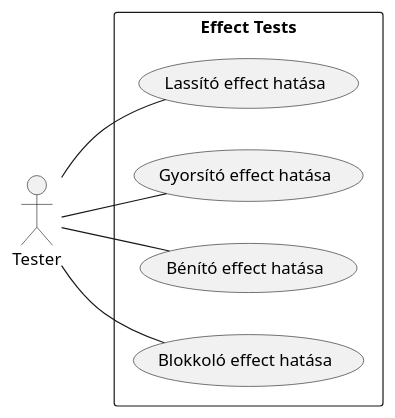
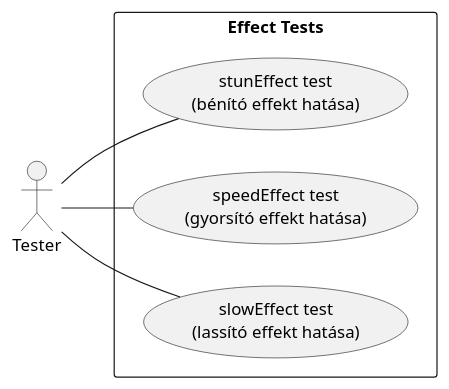
One commit to dzsem/projlab changed the diagram in diagrams/testcase/effect.plantuml. Above: the diagram before and after it, drawn with PlantUML.

Commit message:
Rename effect test UCs to actual use case names

```diff
--- a/diagrams/testcase/effect.plantuml
+++ b/diagrams/testcase/effect.plantuml
@@ -1,20 +1,16 @@
 @startuml Effect tests
 left to right direction
 
 actor "Tester" as t
 
 rectangle "Effect Tests" {
-    usecase "Lassító effect hatása" as test1
-    usecase "Gyorsító effect hatása" as test2
-    usecase "Bénító effect hatása" as test3
-    usecase "Blokkoló effect hatása" as test4
-
+    usecase "stunEffect test\n(bénító effekt hatása)" as test1
+    usecase "speedEffect test\n(gyorsító effekt hatása)" as test2
+    usecase "slowEffect test\n(lassító effekt hatása)" as test3
 }
 
 t -- test1
 t -- test2
 t -- test3
-t -- test4
-
 
 @enduml
```
